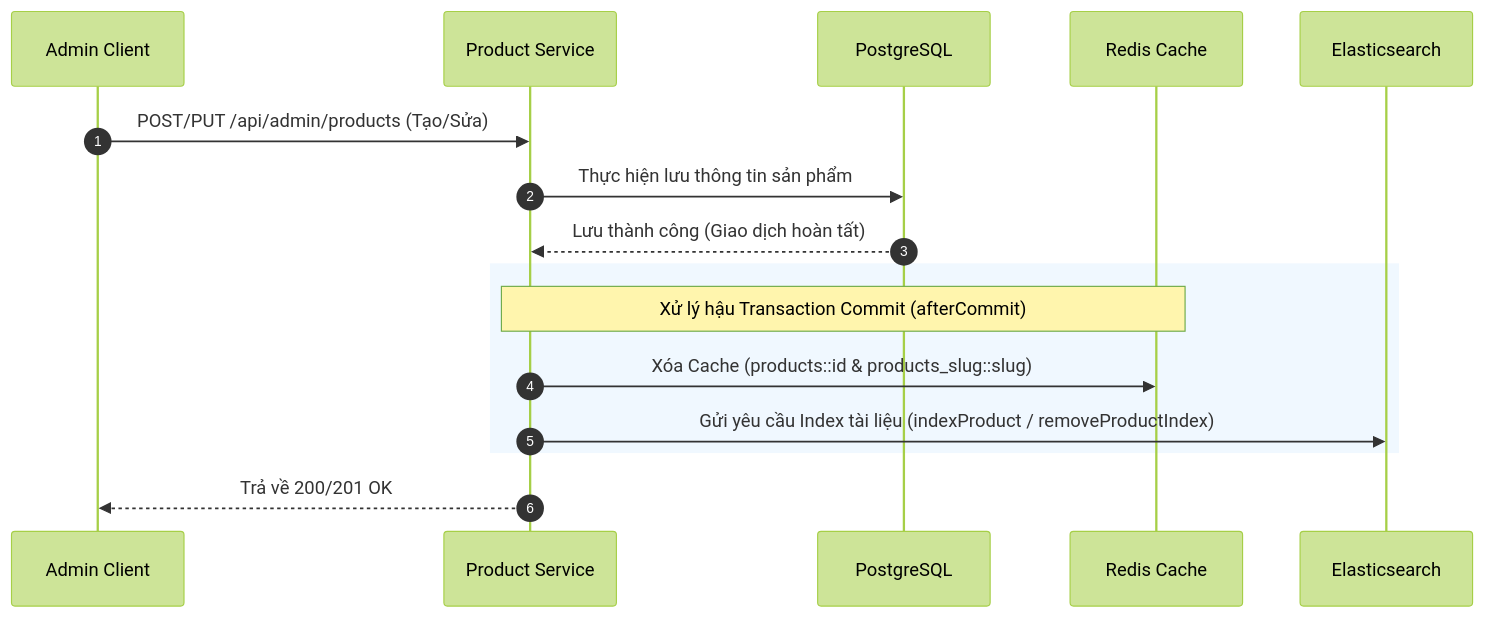
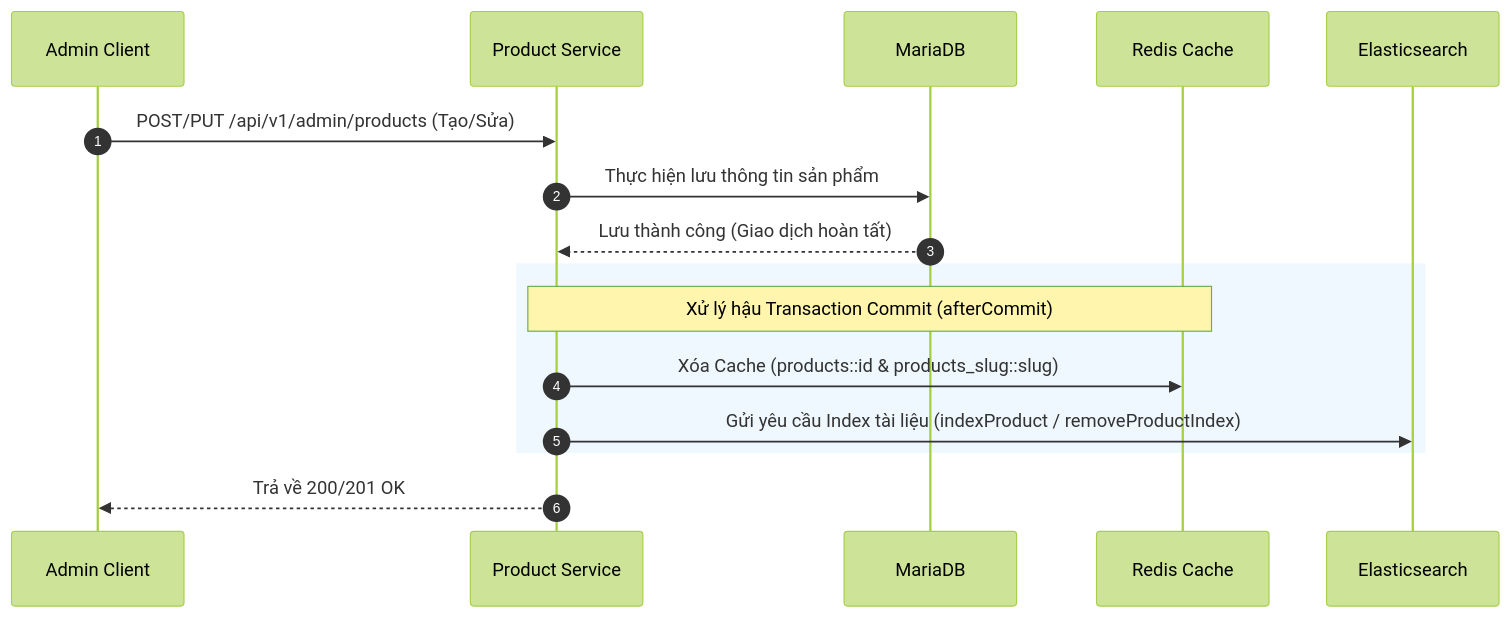
One commit to Thuannd24/Graduation-Project changed the first of 2 diagrams in docs/services/02_PRODUCT_CATALOG_SERVICE.md. Above: the diagram before and after it, drawn with Mermaid (forest theme). The commit also changed other lines of this file and 19 other files, not shown here.

````diff
--- a/docs/services/02_PRODUCT_CATALOG_SERVICE.md
+++ b/docs/services/02_PRODUCT_CATALOG_SERVICE.md
@@ -76,21 +78,21 @@
 ```mermaid
 sequenceDiagram
     autonumber
     participant Admin as Admin Client
     participant PS as Product Service
-    participant DB as PostgreSQL
+    participant DB as MariaDB
     participant Redis as Redis Cache
     participant ES as Elasticsearch
     
-    Admin->>PS: POST/PUT /api/admin/products (Tạo/Sửa)
+    Admin->>PS: POST/PUT /api/v1/admin/products (Tạo/Sửa)
     PS->>DB: Thực hiện lưu thông tin sản phẩm
     DB-->>PS: Lưu thành công (Giao dịch hoàn tất)
     
     rect rgb(240, 248, 255)
         Note over PS, Redis: Xử lý hậu Transaction Commit (afterCommit)
         PS->>Redis: Xóa Cache (products::id & products_slug::slug)
         PS->>ES: Gửi yêu cầu Index tài liệu (indexProduct / removeProductIndex)
     end
     
     PS-->>Admin: Trả về 200/201 OK
 ```
````
